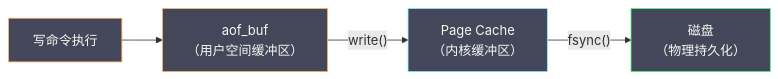
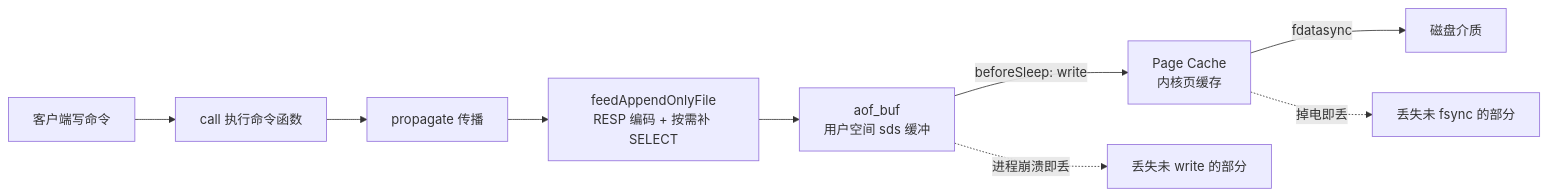
Before and after one commit to hpliStartAgain/my-brain: the first of 6 diagrams in content/中间件/Redis/Redis设计与实现/08 AOF 持久化与混合持久化.md, drawn with Mermaid. The commit also changed other lines of this file and 455 other files, not shown here.

````diff
--- a/content/中间件/Redis/Redis设计与实现/08 AOF 持久化与混合持久化.md
+++ b/content/中间件/Redis/Redis设计与实现/08 AOF 持久化与混合持久化.md
@@ -43,15 +45,12 @@
 ```mermaid
 %%{init: {'theme': 'dracula'}}%%
 graph LR
-    CMD["写命令执行"] --> BUF["aof_buf</br>（用户空间缓冲区）"]
-    BUF -->|"write()"| PC["Page Cache</br>（内核缓冲区）"]
-    PC -->|"fsync()"| DISK["磁盘</br>（物理持久化）"]
-
-    classDef user fill:#44475a,stroke:#ffb86c,color:#f8f8f2
-    classDef kernel fill:#44475a,stroke:#8be9fd,color:#f8f8f2
-    classDef disk fill:#44475a,stroke:#50fa7b,color:#f8f8f2
-
-    class CMD,BUF user
-    class PC kernel
-    class DISK disk
+    C["客户端写命令"] --> E["call 执行命令函数"]
+    E --> P["propagate 传播"]
+    P --> F["feedAppendOnlyFile<br/>RESP 编码 + 按需补 SELECT"]
+    F --> B["aof_buf<br/>用户空间 sds 缓冲"]
+    B -->|"beforeSleep: write"| PC["Page Cache<br/>内核页缓存"]
+    PC -->|"fdatasync"| D["磁盘介质"]
+    B -.->|"进程崩溃即丢"| L1["丢失未 write 的部分"]
+    PC -.->|"掉电即丢"| L2["丢失未 fsync 的部分"]
 ```
````
